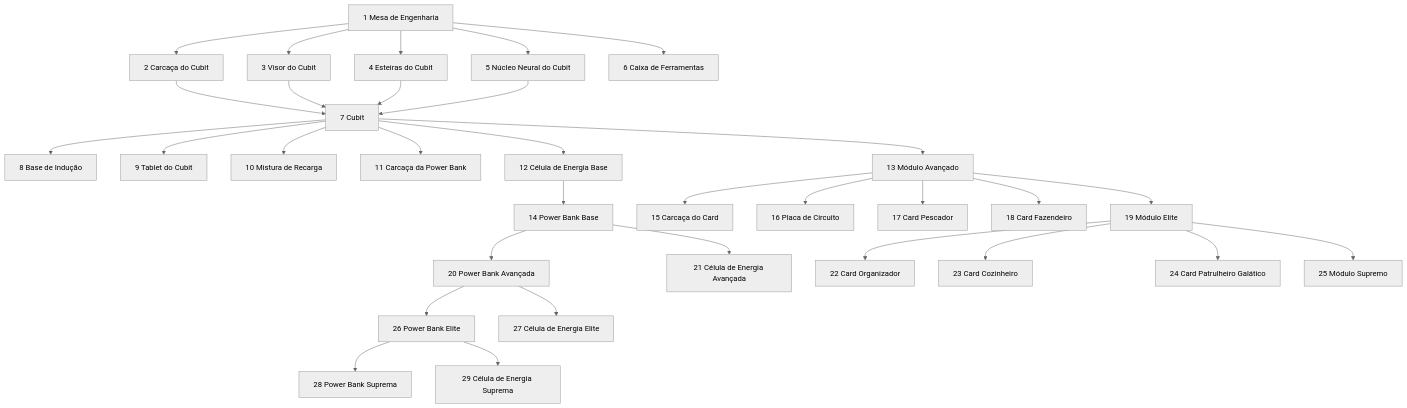
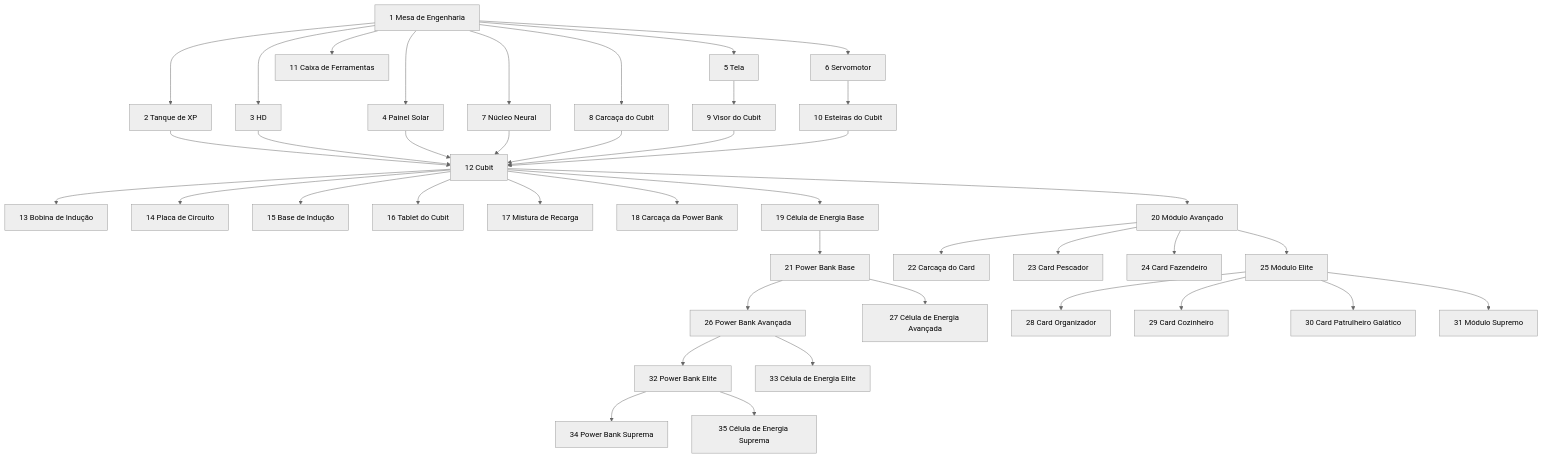
One commit to zenndg/cubit changed the diagram in _docs/arvore-de-crafts.md. Above: the diagram before and after it, drawn with Mermaid (neutral theme). The commit also changed other lines of this file and 6 other files, not shown here.

````diff
--- a/_docs/arvore-de-crafts.md
+++ b/_docs/arvore-de-crafts.md
@@ -38,34 +38,43 @@
 ```mermaid
 flowchart TD
-  n1["1 Mesa de Engenharia"] --> n2["2 Carcaça do Cubit"]
-  n1 --> n3["3 Visor do Cubit"]
-  n1 --> n4["4 Esteiras do Cubit"]
-  n1 --> n5["5 Núcleo Neural do Cubit"]
-  n1 --> n6["6 Caixa de Ferramentas"]
-  n2 --> n7["7 Cubit"]
-  n3 --> n7
-  n4 --> n7
-  n5 --> n7
-  n7 --> n8["8 Base de Indução"]
-  n7 --> n9["9 Tablet do Cubit"]
-  n7 --> n10["10 Mistura de Recarga"]
-  n7 --> n11["11 Carcaça da Power Bank"]
-  n7 --> n12["12 Célula de Energia Base"]
-  n7 --> n13["13 Módulo Avançado"]
-  n12 --> n14["14 Power Bank Base"]
-  n13 --> n15["15 Carcaça do Card"]
-  n13 --> n16["16 Placa de Circuito"]
-  n13 --> n17["17 Card Pescador"]
-  n13 --> n18["18 Card Fazendeiro"]
-  n13 --> n19["19 Módulo Elite"]
-  n14 --> n20["20 Power Bank Avançada"]
-  n14 --> n21["21 Célula de Energia Avançada"]
-  n19 --> n22["22 Card Organizador"]
-  n19 --> n23["23 Card Cozinheiro"]
-  n19 --> n24["24 Card Patrulheiro Galático"]
-  n19 --> n25["25 Módulo Supremo"]
-  n20 --> n26["26 Power Bank Elite"]
-  n20 --> n27["27 Célula de Energia Elite"]
-  n26 --> n28["28 Power Bank Suprema"]
-  n26 --> n29["29 Célula de Energia Suprema"]
+  n1["1 Mesa de Engenharia"] --> n2["2 Tanque de XP"]
+  n1 --> n3["3 HD"]
+  n1 --> n4["4 Painel Solar"]
+  n1 --> n5["5 Tela"]
+  n1 --> n6["6 Servomotor"]
+  n1 --> n7["7 Núcleo Neural"]
+  n1 --> n8["8 Carcaça do Cubit"]
+  n5 --> n9["9 Visor do Cubit"]
+  n6 --> n10["10 Esteiras do Cubit"]
+  n1 --> n11["11 Caixa de Ferramentas"]
+  n2 --> n12["12 Cubit"]
+  n3 --> n12
+  n4 --> n12
+  n7 --> n12
+  n8 --> n12
+  n9 --> n12
+  n10 --> n12
+  n12 --> n13["13 Bobina de Indução"]
+  n12 --> n14["14 Placa de Circuito"]
+  n12 --> n15["15 Base de Indução"]
+  n12 --> n16["16 Tablet do Cubit"]
+  n12 --> n17["17 Mistura de Recarga"]
+  n12 --> n18["18 Carcaça da Power Bank"]
+  n12 --> n19["19 Célula de Energia Base"]
+  n12 --> n20["20 Módulo Avançado"]
+  n19 --> n21["21 Power Bank Base"]
+  n20 --> n22["22 Carcaça do Card"]
+  n20 --> n23["23 Card Pescador"]
+  n20 --> n24["24 Card Fazendeiro"]
+  n20 --> n25["25 Módulo Elite"]
+  n21 --> n26["26 Power Bank Avançada"]
+  n21 --> n27["27 Célula de Energia Avançada"]
+  n25 --> n28["28 Card Organizador"]
+  n25 --> n29["29 Card Cozinheiro"]
+  n25 --> n30["30 Card Patrulheiro Galático"]
+  n25 --> n31["31 Módulo Supremo"]
+  n26 --> n32["32 Power Bank Elite"]
+  n26 --> n33["33 Célula de Energia Elite"]
+  n32 --> n34["34 Power Bank Suprema"]
+  n32 --> n35["35 Célula de Energia Suprema"]
 ```
````
